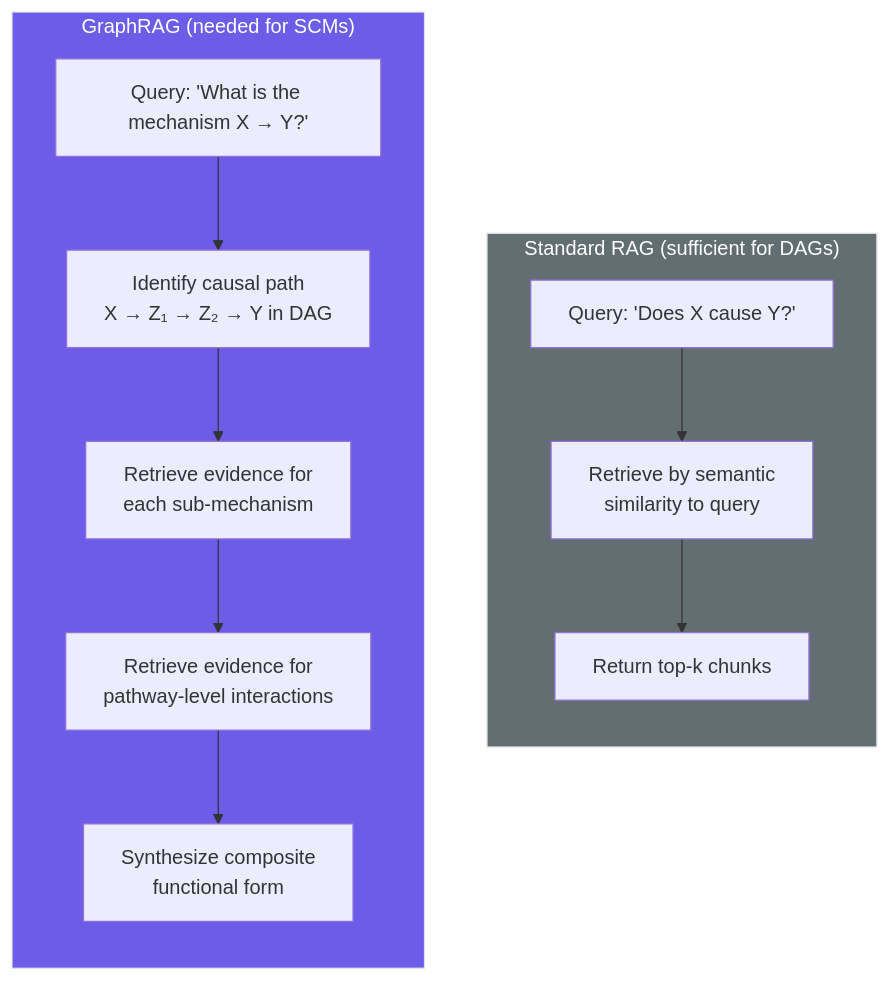
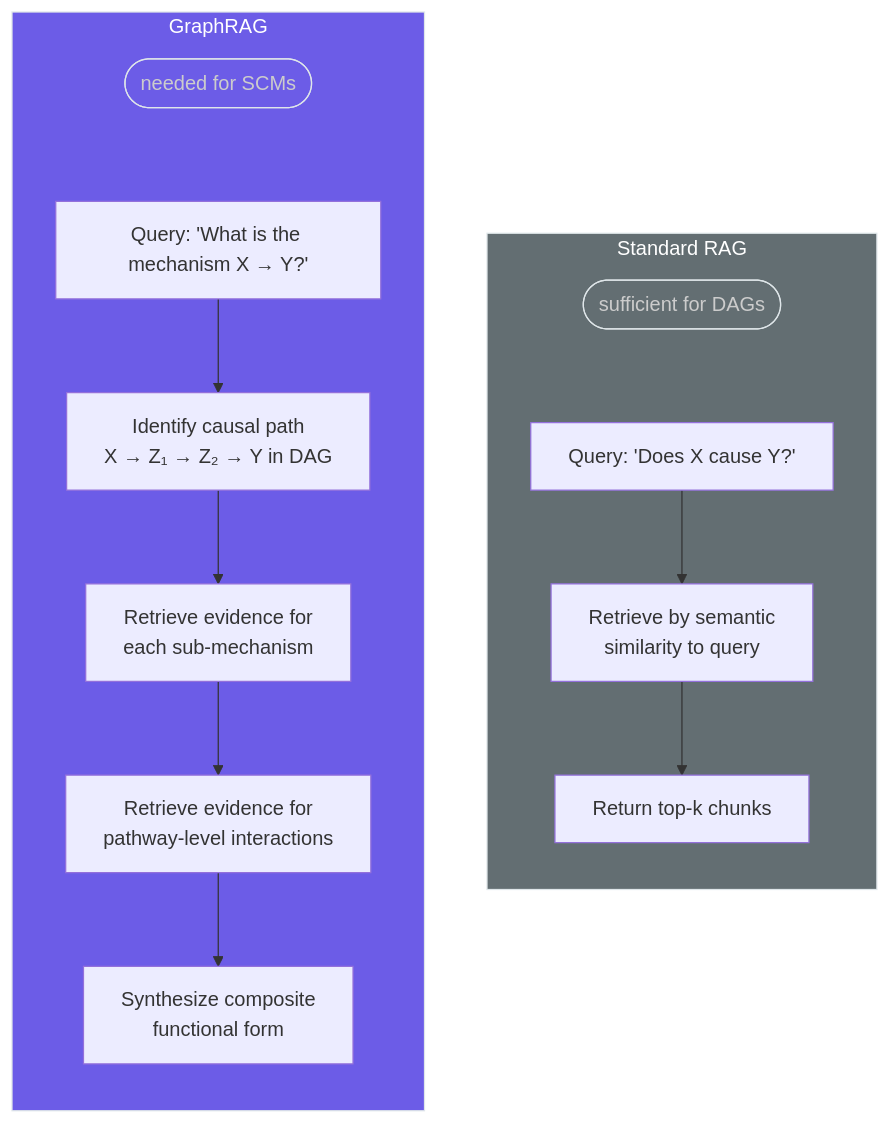
One commit to dimitarpg13/agentic_architectures_and_design_patterns changed the ninth of 16 diagrams in notebooks/causal_inference/building_SCM.md. Above: the diagram before and after it, drawn with Mermaid.

Commit message:
update md

````diff
--- a/notebooks/causal_inference/building_SCM.md
+++ b/notebooks/causal_inference/building_SCM.md
@@ -607,23 +607,27 @@
 ```mermaid
 flowchart TD
-    subgraph StandardRAG["Standard RAG (sufficient for DAGs)"]
+    subgraph StandardRAG["Standard RAG"]
         direction TB
+        SR0(["sufficient for DAGs"])
         SR1["Query: 'Does X cause Y?'"]
         SR2["Retrieve by semantic<br/>similarity to query"]
         SR3["Return top-k chunks"]
-        SR1 --> SR2 --> SR3
+        SR0 ~~~ SR1 --> SR2 --> SR3
     end
 
-    subgraph GraphRAG["GraphRAG (needed for SCMs)"]
+    subgraph GraphRAG["GraphRAG"]
         direction TB
+        GR0(["needed for SCMs"])
         GR1["Query: 'What is the mechanism X → Y?'"]
         GR2["Identify causal path<br/>X → Z₁ → Z₂ → Y in DAG"]
         GR3["Retrieve evidence for<br/>each sub-mechanism"]
         GR4["Retrieve evidence for<br/>pathway-level interactions"]
         GR5["Synthesize composite<br/>functional form"]
-        GR1 --> GR2 --> GR3 --> GR4 --> GR5
+        GR0 ~~~ GR1 --> GR2 --> GR3 --> GR4 --> GR5
     end
 
+    style SR0 fill:#636e72,stroke:#dfe6e9,color:#ccc
+    style GR0 fill:#6c5ce7,stroke:#dfe6e9,color:#ccc
     style StandardRAG fill:#636e72,stroke:#dfe6e9,color:#fff
     style GraphRAG fill:#6c5ce7,stroke:#dfe6e9,color:#fff
 ```
````
